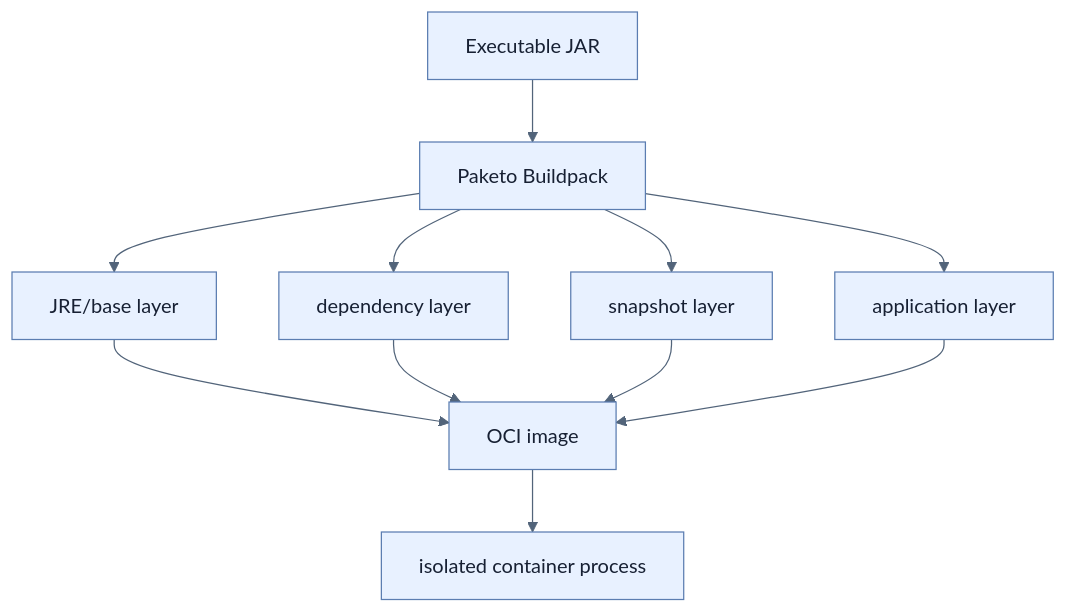
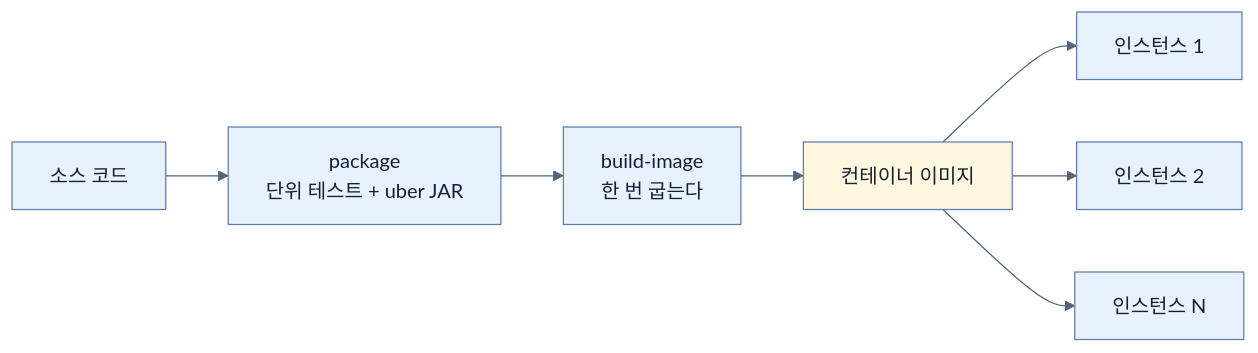
The first of 2 diagrams in spring-boot-4-pdf-notes/part-3-releasing-an-application-with-spring-boot/chapter-7-releasing-an-application-with-spring-boot/02-building-a-docker-container.md (sing-u8/Learning_Spring_Boot_4), drawn with Mermaid before and after one commit. The commit also changed other lines of this file and 253 other files, not shown here.

````diff
--- a/spring-boot-4-pdf-notes/part-3-releasing-an-application-with-spring-boot/chapter-7-releasing-an-application-with-spring-boot/02-building-a-docker-container.md
+++ b/spring-boot-4-pdf-notes/part-3-releasing-an-application-with-spring-boot/chapter-7-releasing-an-application-with-spring-boot/02-building-a-docker-container.md
@@ -28,14 +109,11 @@
 ```mermaid
 %%{init: {'theme': 'base', 'themeVariables': {'background': '#ffffff', 'primaryColor': '#e8f1ff', 'primaryTextColor': '#172033', 'primaryBorderColor': '#5b7db1', 'lineColor': '#52647a', 'secondaryColor': '#f7fbff', 'tertiaryColor': '#fff7df'}}}%%
-flowchart TD
-    J[Executable JAR] --> B[Paketo Buildpack]
-    B --> R[JRE/base layer]
-    B --> D[dependency layer]
-    B --> S[snapshot layer]
-    B --> A[application layer]
-    R --> I[OCI image]
-    D --> I
-    S --> I
-    A --> I
-    I --> C[isolated container process]
+flowchart LR
+    S["소스 코드"] --> P["package<br/>단위 테스트 + uber JAR"]
+    P --> B["build-image<br/>한 번 굽는다"]
+    B --> I["컨테이너 이미지"]
+    I --> C1["인스턴스 1"]
+    I --> C2["인스턴스 2"]
+    I --> C3["인스턴스 N"]
+    style I fill:#fff7df
 ```
````
